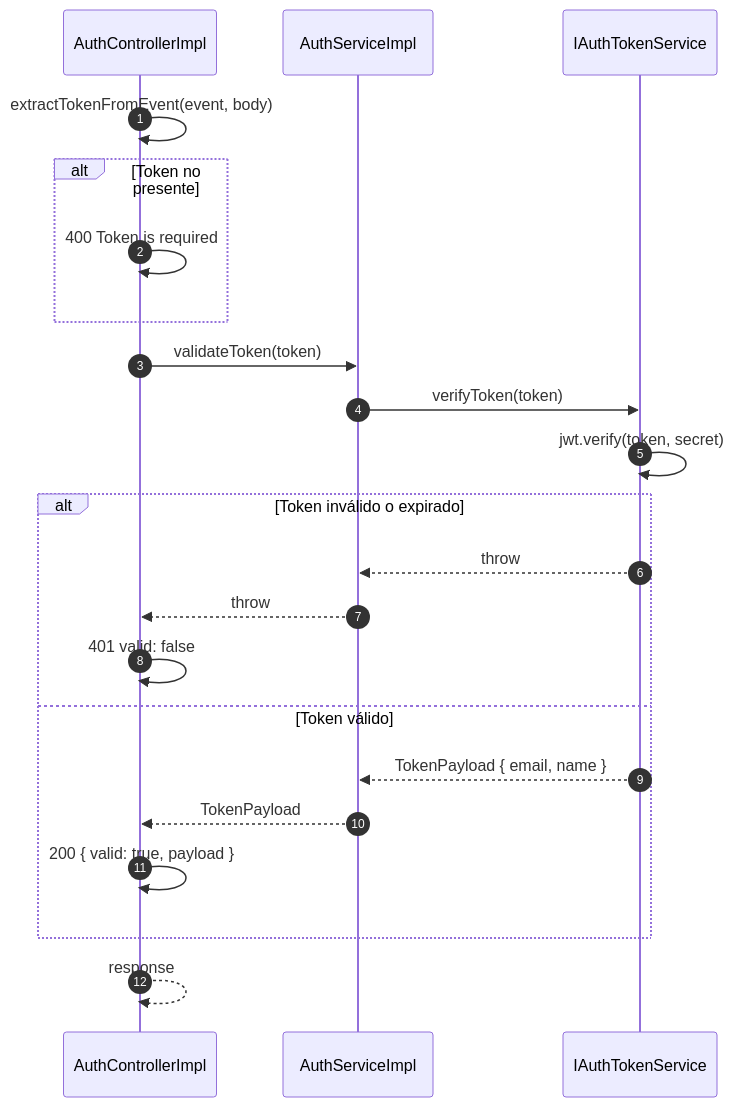
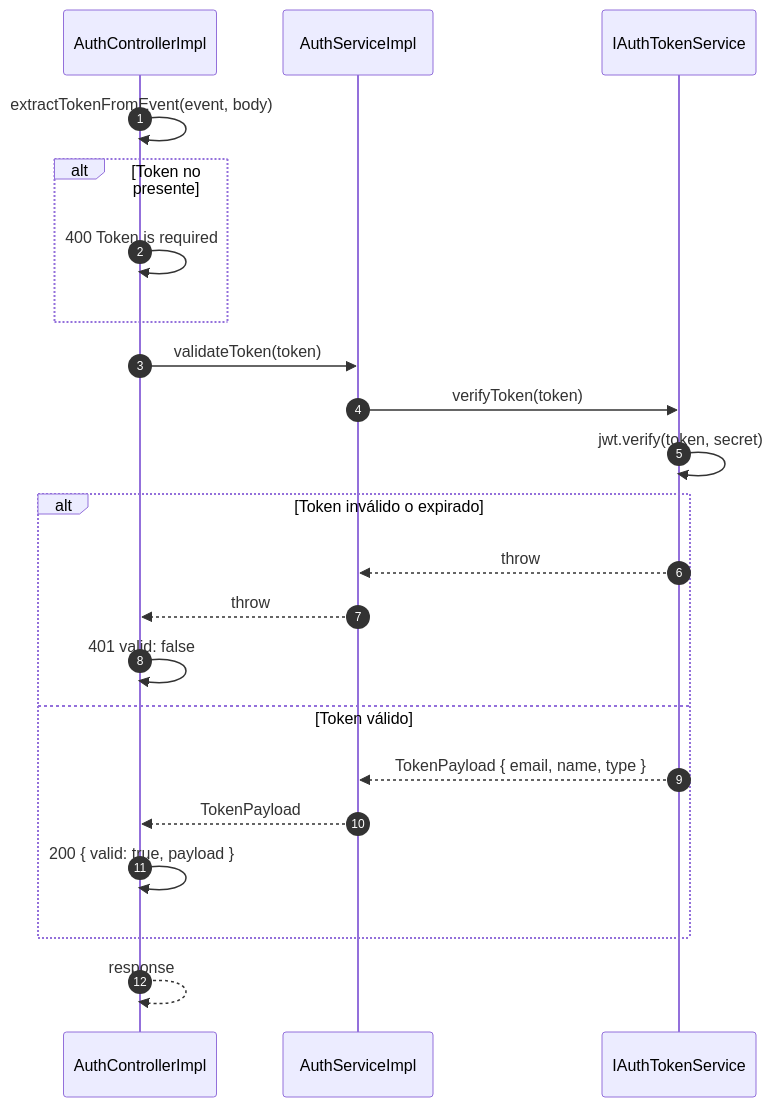
The diagram in docs/sequence-validate-token.mmd (david-ortegac/ms_rapiserv_auth_lambdas), drawn with Mermaid before and after one commit. The commit also changed 4 other files, not shown here.

Commit message:
🔒️ added user type in token for more secure info

```diff
--- a/docs/sequence-validate-token.mmd
+++ b/docs/sequence-validate-token.mmd
@@ -1,25 +1,25 @@
 %% Secuencia - Validar token (POST /validate-token)
 
 sequenceDiagram
     autonumber
     participant Ctrl as AuthControllerImpl
     participant Svc as AuthServiceImpl
     participant TokenSvc as IAuthTokenService
 
     Ctrl->>Ctrl: extractTokenFromEvent(event, body)
     alt Token no presente
         Ctrl->>Ctrl: 400 Token is required
     end
     Ctrl->>Svc: validateToken(token)
     Svc->>TokenSvc: verifyToken(token)
     TokenSvc->>TokenSvc: jwt.verify(token, secret)
     alt Token inválido o expirado
         TokenSvc-->>Svc: throw
         Svc-->>Ctrl: throw
         Ctrl->>Ctrl: 401 valid: false
     else Token válido
-        TokenSvc-->>Svc: TokenPayload { email, name }
+        TokenSvc-->>Svc: TokenPayload { email, name, type }
         Svc-->>Ctrl: TokenPayload
         Ctrl->>Ctrl: 200 { valid: true, payload }
     end
     Ctrl-->>Ctrl: response
```
